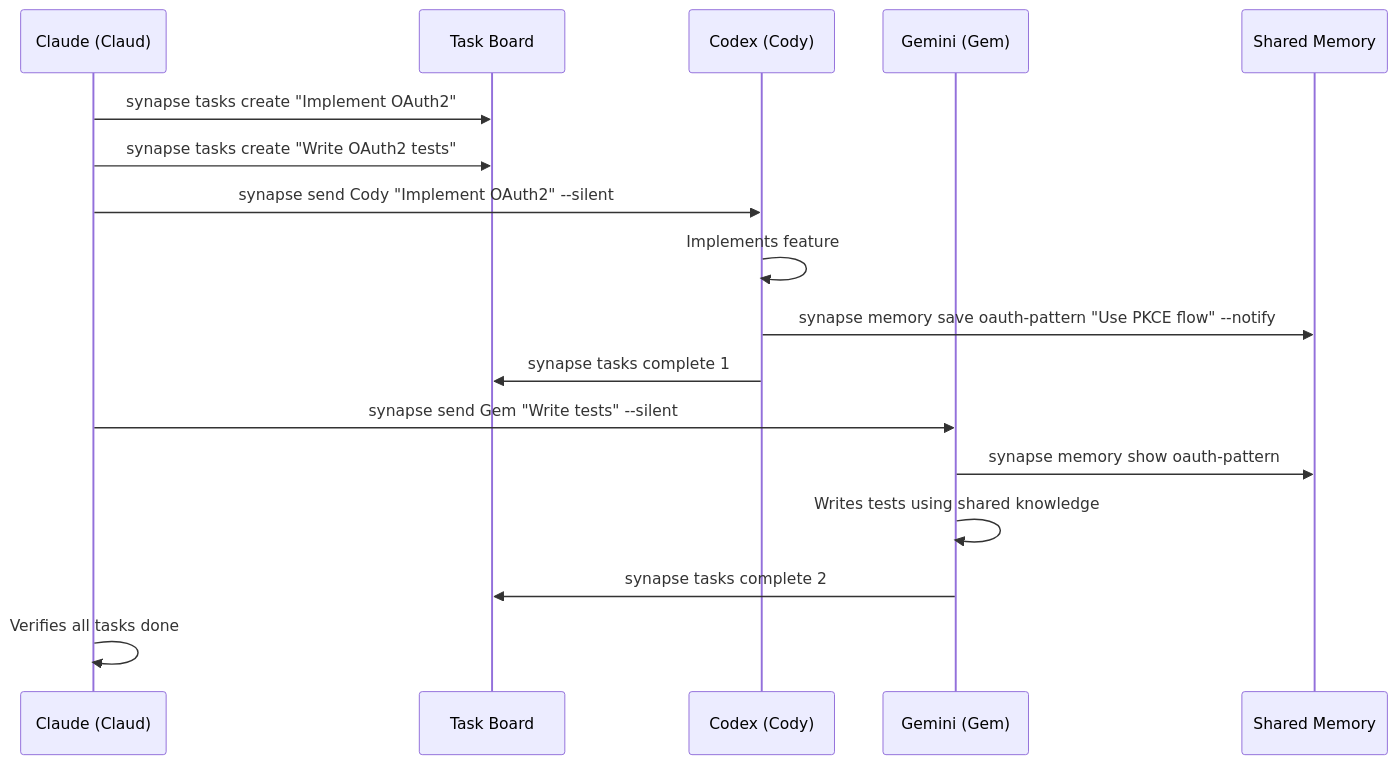
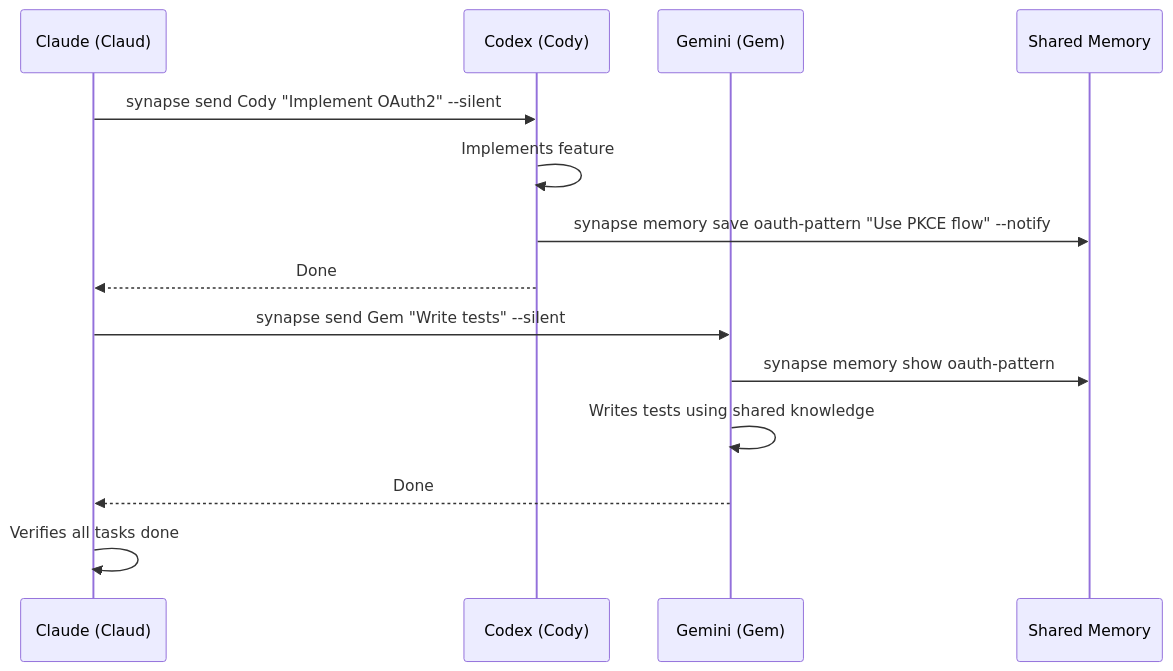
The second of 9 diagrams in site-docs/guide/cross-agent-scenarios.md (s-hiraoku/synapse-a2a), drawn with Mermaid before and after one commit. The commit also changed other lines of this file and 63 other files, not shown here.

First line of the commit message:
docs: deep cleanup of task board references across skills, site-docs, and templates

````diff
--- a/site-docs/guide/cross-agent-scenarios.md
+++ b/site-docs/guide/cross-agent-scenarios.md
@@ -92,20 +92,17 @@
 ```mermaid
 sequenceDiagram
     participant Manager as Claude (Claud)
-    participant TB as Task Board
     participant Codex as Codex (Cody)
     participant Gemini as Gemini (Gem)
     participant SM as Shared Memory
 
-    Manager->>TB: synapse tasks create "Implement OAuth2"
-    Manager->>TB: synapse tasks create "Write OAuth2 tests"
     Manager->>Codex: synapse send Cody "Implement OAuth2" --silent
     Codex->>Codex: Implements feature
     Codex->>SM: synapse memory save oauth-pattern "Use PKCE flow" --notify
-    Codex->>TB: synapse tasks complete 1
+    Codex-->>Manager: Done
     Manager->>Gemini: synapse send Gem "Write tests" --silent
     Gemini->>SM: synapse memory show oauth-pattern
     Gemini->>Gemini: Writes tests using shared knowledge
-    Gemini->>TB: synapse tasks complete 2
+    Gemini-->>Manager: Done
     Manager->>Manager: Verifies all tasks done
 ```
````
